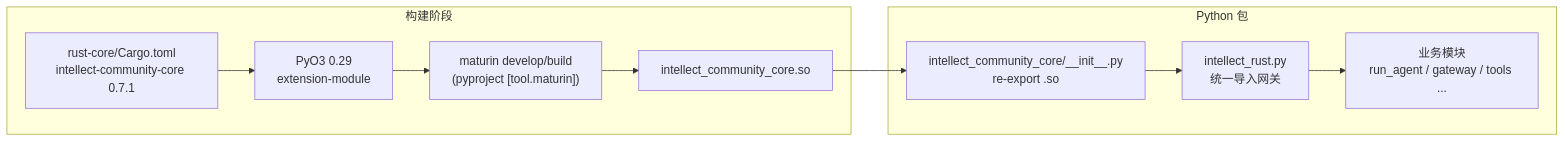
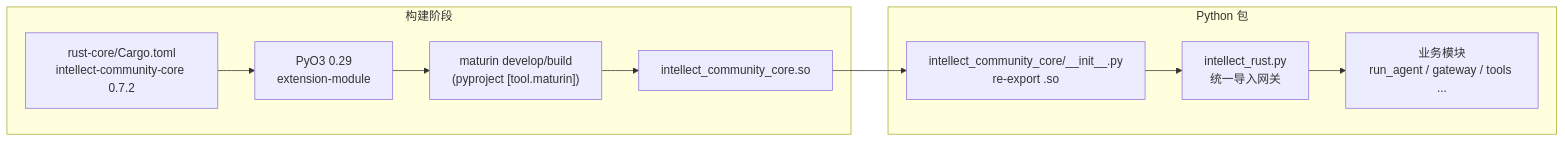
The first of 3 diagrams in docs/architecture/rust-python-interaction.md (ontoweb-cn/intellect-agent), drawn with Mermaid before and after one commit. The commit also changed other lines of this file and 6 other files, not shown here.

````diff
--- a/docs/architecture/rust-python-interaction.md
+++ b/docs/architecture/rust-python-interaction.md
@@ -65,18 +65,18 @@
 ```mermaid
 flowchart LR
     subgraph Build["构建阶段"]
-        Cargo["rust-core/Cargo.toml\nintellect-community-core 0.7.1"]
+        Cargo["rust-core/Cargo.toml\nintellect-community-core 0.7.2"]
         PyO3["PyO3 0.29\nextension-module"]
         Maturin["maturin develop/build\n(pyproject [tool.maturin])"]
         SO["intellect_community_core.so"]
     end
 
     subgraph PythonPkg["Python 包"]
         Init["intellect_community_core/__init__.py\nre-export .so"]
         Gate["intellect_rust.py\n统一导入网关"]
         App["业务模块\nrun_agent / gateway / tools ..."]
     end
 
     Cargo --> PyO3 --> Maturin --> SO
     SO --> Init --> Gate --> App
 ```
````
